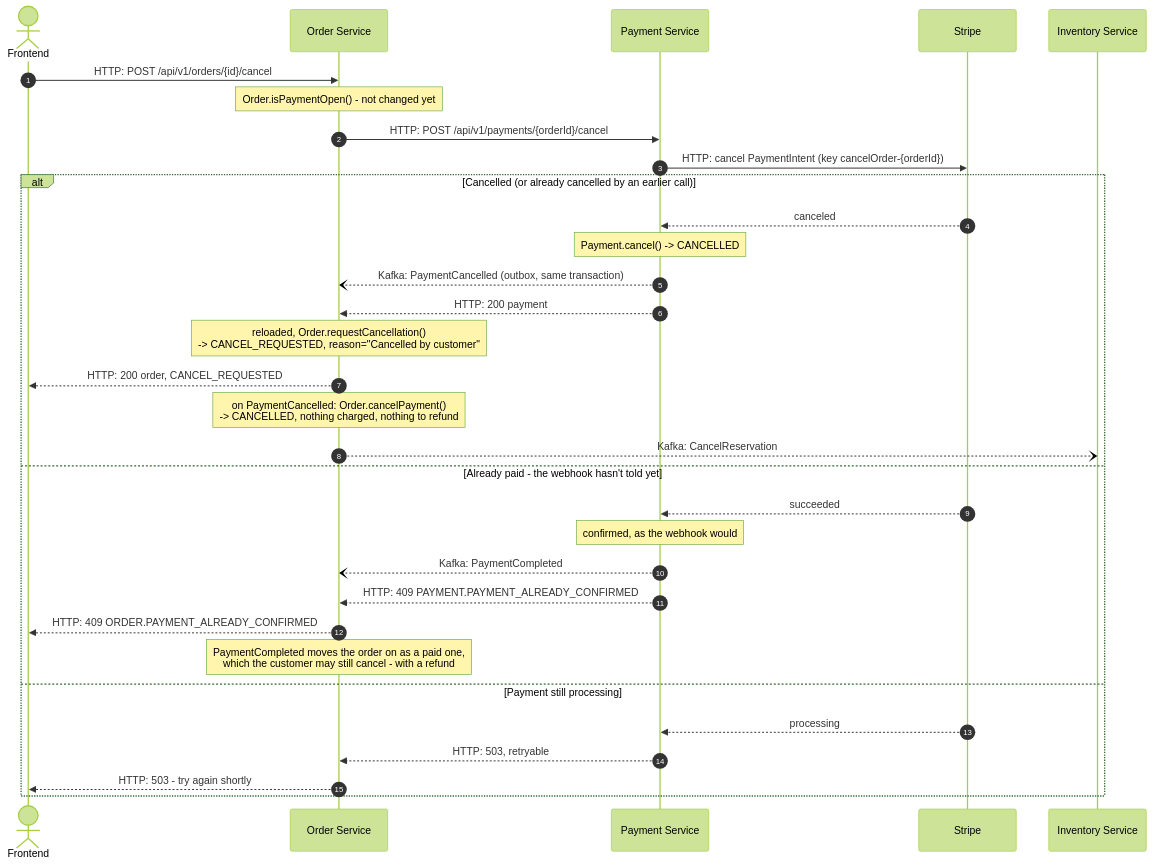
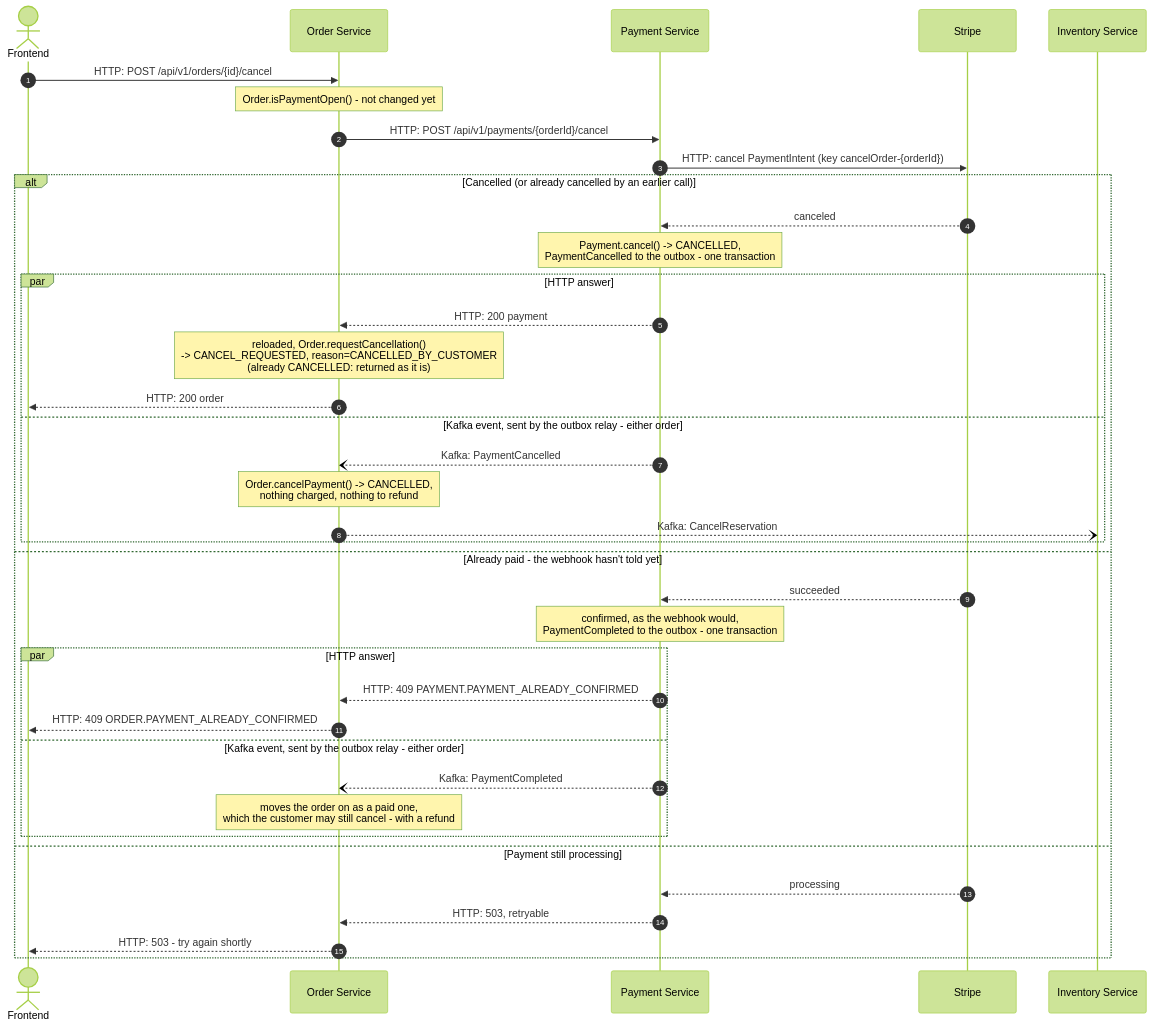
The sixth of 6 diagrams in docs/order_saga.md (ihorhartmann/E-commerce-App), drawn with Mermaid (forest theme) before and after one commit. The commit also changed other lines of this file and 8 other files, not shown here.

First line of the commit message:
IHO-39 Order saga doc matches the code; drop the unused PaymentFailed handling

````diff
--- a/docs/order_saga.md
+++ b/docs/order_saga.md
@@ -327,36 +341,42 @@
 ```mermaid
 sequenceDiagram
     autonumber
     actor U as Frontend
     participant O as Order Service
     participant P as Payment Service
     participant S as Stripe
     participant I as Inventory Service
 
     U->>O: HTTP: POST /api/v1/orders/{id}/cancel
     Note over O: Order.isPaymentOpen() - not changed yet
     O->>P: HTTP: POST /api/v1/payments/{orderId}/cancel
     P->>S: HTTP: cancel PaymentIntent (key cancelOrder-{orderId})
 
     alt Cancelled (or already cancelled by an earlier call)
         S-->>P: canceled
-        Note over P: Payment.cancel() -> CANCELLED
-        P--)O: Kafka: PaymentCancelled (outbox, same transaction)
-        P-->>O: HTTP: 200 payment
-        Note over O: reloaded, Order.requestCancellation()<br/>-> CANCEL_REQUESTED, reason="Cancelled by customer"
-        O-->>U: HTTP: 200 order, CANCEL_REQUESTED
-        Note over O: on PaymentCancelled: Order.cancelPayment()<br/>-> CANCELLED, nothing charged, nothing to refund
-        O--)I: Kafka: CancelReservation
+        Note over P: Payment.cancel() -> CANCELLED,<br/>PaymentCancelled to the outbox - one transaction
+        par HTTP answer
+            P-->>O: HTTP: 200 payment
+            Note over O: reloaded, Order.requestCancellation()<br/>-> CANCEL_REQUESTED, reason=CANCELLED_BY_CUSTOMER<br/>(already CANCELLED: returned as it is)
+            O-->>U: HTTP: 200 order
+        and Kafka event, sent by the outbox relay - either order
+            P--)O: Kafka: PaymentCancelled
+            Note over O: Order.cancelPayment() -> CANCELLED,<br/>nothing charged, nothing to refund
+            O--)I: Kafka: CancelReservation
+        end
     else Already paid - the webhook hasn't told yet
         S-->>P: succeeded
-        Note over P: confirmed, as the webhook would
-        P--)O: Kafka: PaymentCompleted
-        P-->>O: HTTP: 409 PAYMENT.PAYMENT_ALREADY_CONFIRMED
-        O-->>U: HTTP: 409 ORDER.PAYMENT_ALREADY_CONFIRMED
-        Note over O: PaymentCompleted moves the order on as a paid one,<br/>which the customer may still cancel - with a refund
+        Note over P: confirmed, as the webhook would,<br/>PaymentCompleted to the outbox - one transaction
+        par HTTP answer
+            P-->>O: HTTP: 409 PAYMENT.PAYMENT_ALREADY_CONFIRMED
+            O-->>U: HTTP: 409 ORDER.PAYMENT_ALREADY_CONFIRMED
+        and Kafka event, sent by the outbox relay - either order
+            P--)O: Kafka: PaymentCompleted
+            Note over O: moves the order on as a paid one,<br/>which the customer may still cancel - with a refund
+        end
     else Payment still processing
         S-->>P: processing
         P-->>O: HTTP: 503, retryable
         O-->>U: HTTP: 503 - try again shortly
     end
 ```
````
